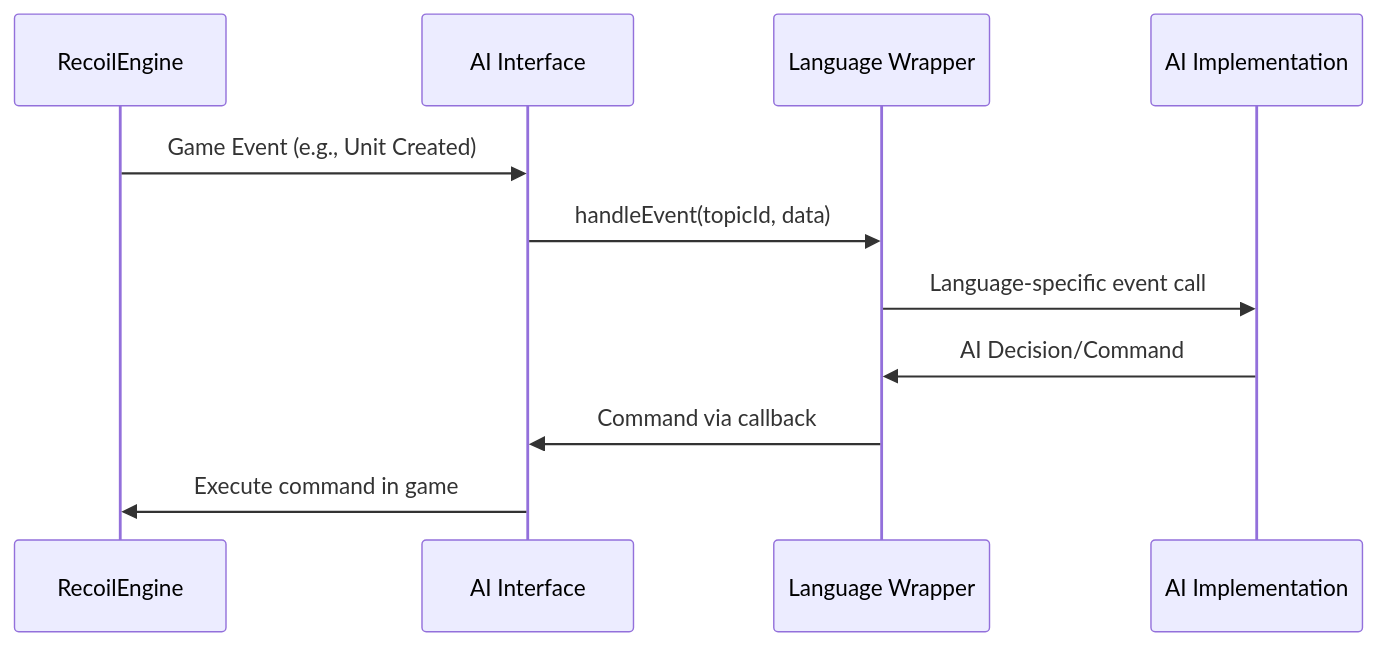
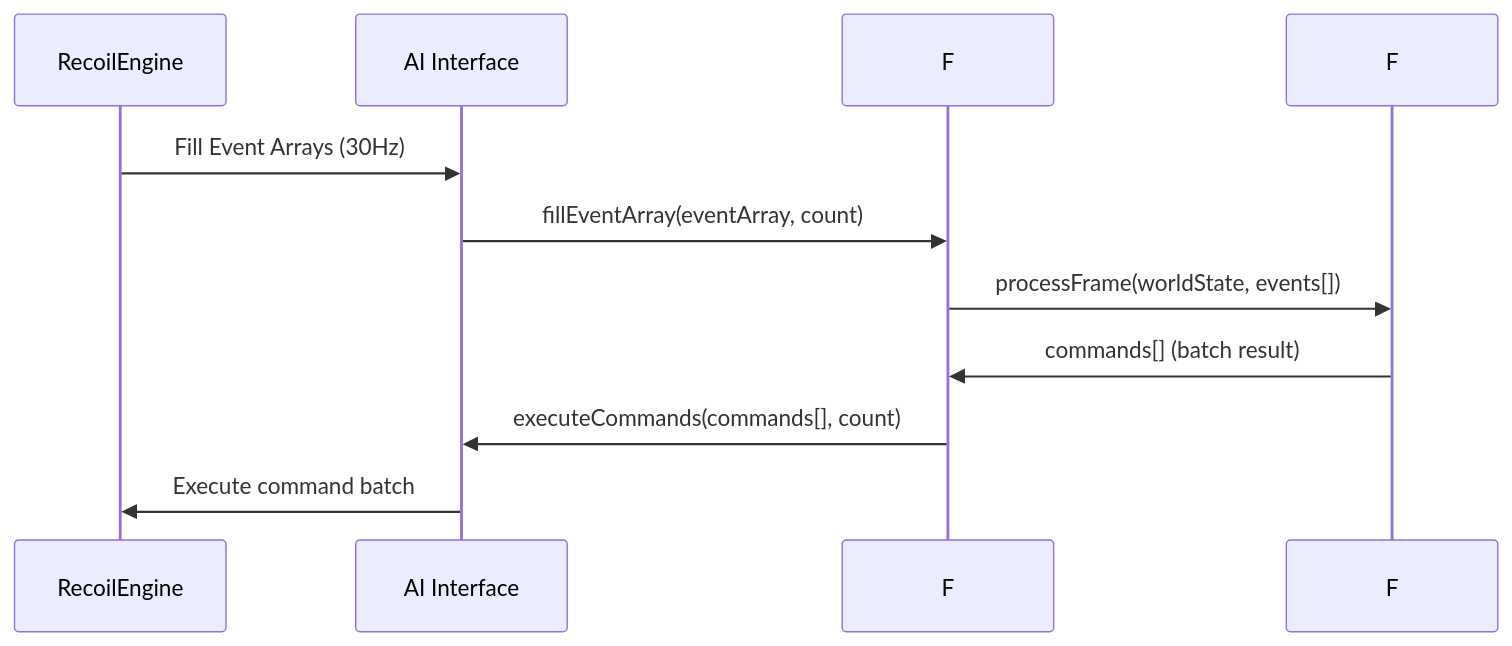
The second of 6 diagrams in AI/Wrappers/DotNet/Architecture.md (EHotwagner/RecoilEngine), drawn with Mermaid before and after one commit. The commit also changed other lines of this file, not shown here.

Commit message:
Refactor architecture documentation: Update to F# data-oriented wrapper and enhance clarity on design principles and performance benefits

````diff
--- a/AI/Wrappers/DotNet/Architecture.md
+++ b/AI/Wrappers/DotNet/Architecture.md
@@ -102,14 +91,14 @@
 ```mermaid
 sequenceDiagram
     participant Engine as RecoilEngine
     participant Interface as AI Interface
-    participant Wrapper as Language Wrapper
-    participant AI as AI Implementation
+    participant Wrapper as F# Wrapper
+    participant AI as F# AI Implementation
     
-    Engine->>Interface: Game Event (e.g., Unit Created)
-    Interface->>Wrapper: handleEvent(topicId, data)
-    Wrapper->>AI: Language-specific event call
-    AI->>Wrapper: AI Decision/Command
-    Wrapper->>Interface: Command via callback
-    Interface->>Engine: Execute command in game
+    Engine->>Interface: Fill Event Arrays (30Hz)
+    Interface->>Wrapper: fillEventArray(eventArray, count)
+    Wrapper->>AI: processFrame(worldState, events[])
+    AI->>Wrapper: commands[] (batch result)
+    Wrapper->>Interface: executeCommands(commands[], count)
+    Interface->>Engine: Execute command batch
 ```
````
